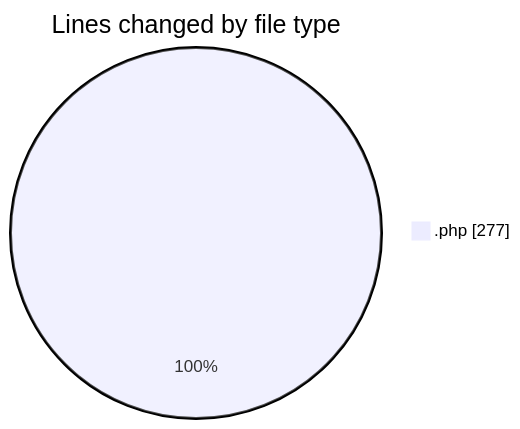
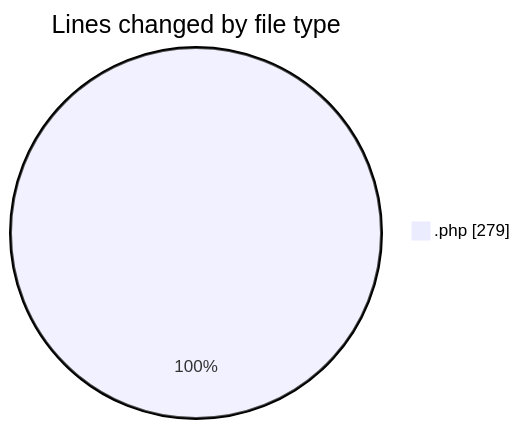
One commit to LanceThiago/code-tracking changed the first of 2 diagrams in 2025-03-18/web/README.md. Above: the diagram before and after it, drawn with Mermaid. The commit also changed other lines of this file and 1 other file, not shown here.

````diff
--- a/2025-03-18/web/README.md
+++ b/2025-03-18/web/README.md
@@ -21,5 +21,5 @@
 ```mermaid
 pie showData
 title Lines changed by file type
-".php" : 277
+".php" : 279
 ```
````
